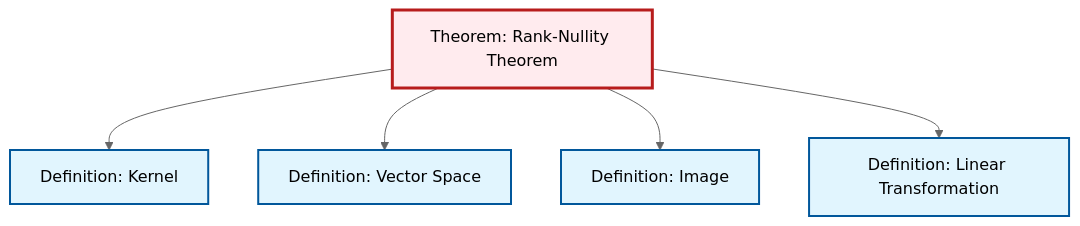
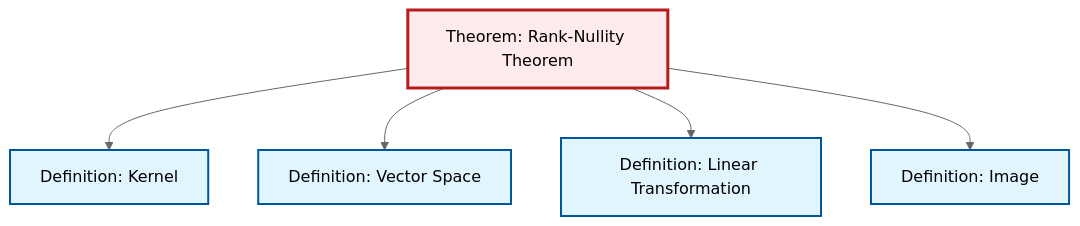
The diagram in content/ja/algebra/thm-rank-nullity.qmd (RK0429/ModernMath), drawn with Mermaid (neutral theme) before and after one commit. The commit also changed other lines of this file and 497 other files, not shown here.

````diff
--- a/content/ja/algebra/thm-rank-nullity.qmd
+++ b/content/ja/algebra/thm-rank-nullity.qmd
@@ -56,23 +56,23 @@
 ```{mermaid}
 %%| fig-cap: "Local dependency graph"
 graph TD
     classDef definition fill:#e1f5fe,stroke:#01579b,stroke-width:2px
     classDef theorem fill:#f3e5f5,stroke:#4a148c,stroke-width:2px
     classDef axiom fill:#fff3e0,stroke:#e65100,stroke-width:2px
     classDef example fill:#e8f5e9,stroke:#1b5e20,stroke-width:2px
     classDef current fill:#ffebee,stroke:#b71c1c,stroke-width:3px
+    def-kernel["Definition: Kernel"]:::definition
     thm-rank-nullity["Theorem: Rank-Nullity Theorem"]:::theorem
-    def-kernel["Definition: Kernel"]:::definition
+    def-vector-space["Definition: Vector Space"]:::definition
     def-image["Definition: Image"]:::definition
-    def-vector-space["Definition: Vector Space"]:::definition
     def-linear-transformation["Definition: Linear Transformation"]:::definition
     thm-rank-nullity --> def-kernel
     thm-rank-nullity --> def-vector-space
+    thm-rank-nullity --> def-linear-transformation
     thm-rank-nullity --> def-image
-    thm-rank-nullity --> def-linear-transformation
     class thm-rank-nullity current
     click def-kernel "def-kernel.html" "Definition: Kernelへ"
+    click def-vector-space "def-vector-space.html" "Definition: Vector Spaceへ"
     click def-image "def-image.html" "Definition: Imageへ"
-    click def-vector-space "def-vector-space.html" "Definition: Vector Spaceへ"
     click def-linear-transformation "def-linear-transformation.html" "Definition: Linear Transformationへ"
 ```
````
